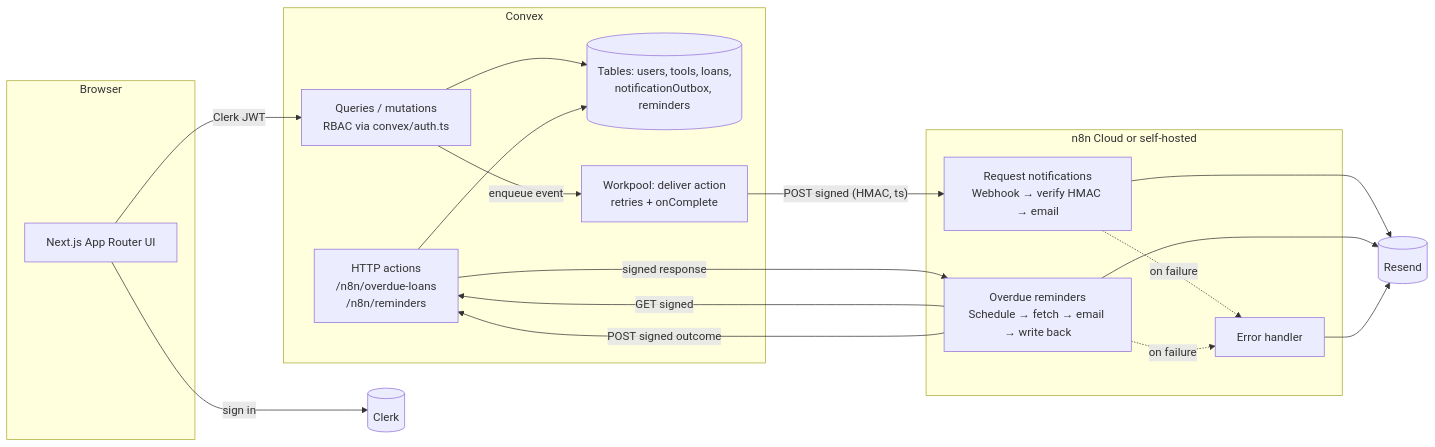
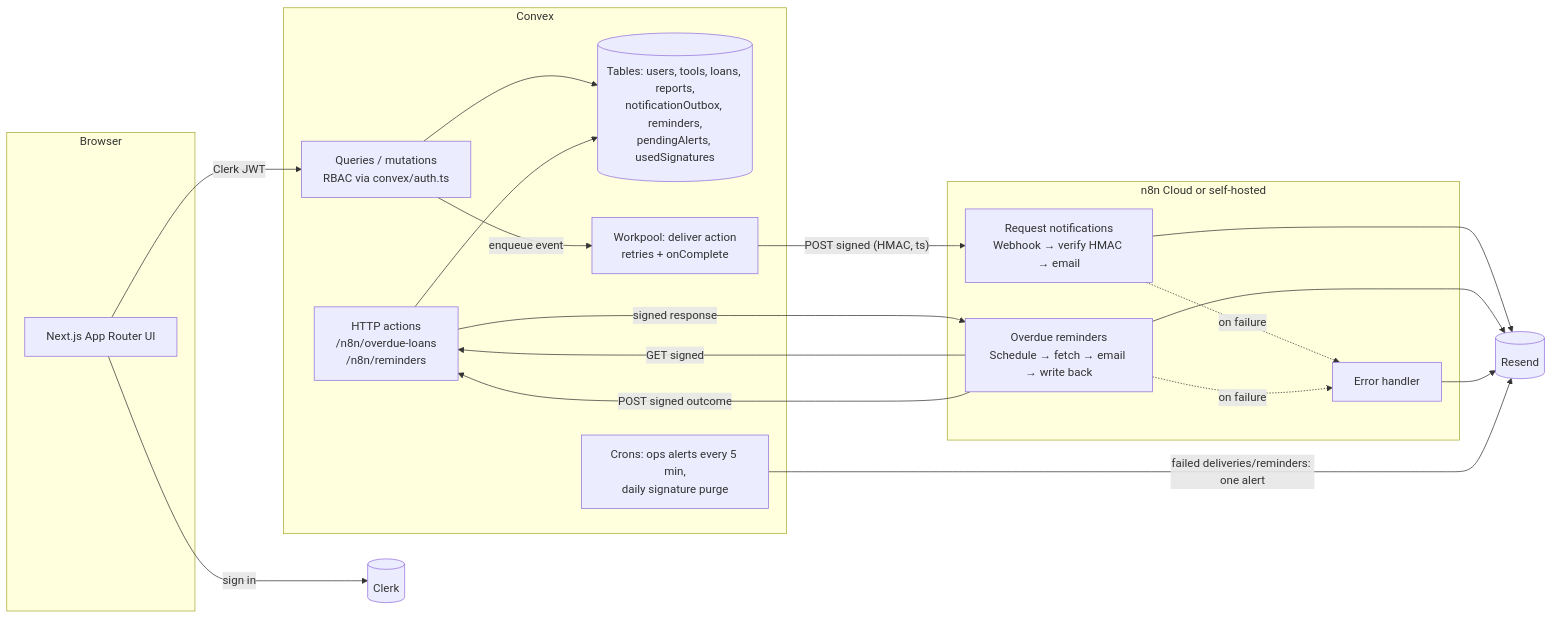
Before and after one commit to anopaishemeki/lendloop: the diagram in README.md, drawn with Mermaid. The commit also changed other lines of this file and 1 other file, not shown here.

````diff
--- a/README.md
+++ b/README.md
@@ -55,34 +83,36 @@
 ```mermaid
 flowchart LR
   subgraph Browser
     UI[Next.js App Router UI]
   end
   Clerk[(Clerk)]
   subgraph Convex
     Q[Queries / mutations<br/>RBAC via convex/auth.ts]
-    DB[(Tables: users, tools, loans,<br/>notificationOutbox, reminders)]
+    DB[(Tables: users, tools, loans, reports,<br/>notificationOutbox, reminders,<br/>pendingAlerts, usedSignatures)]
     WP[Workpool: deliver action<br/>retries + onComplete]
     HTTP[HTTP actions<br/>/n8n/overdue-loans<br/>/n8n/reminders]
+    CRON[Crons: ops alerts every 5 min,<br/>daily signature purge]
   end
   subgraph n8n [n8n Cloud or self-hosted]
     W1[Request notifications<br/>Webhook → verify HMAC → email]
     W2[Overdue reminders<br/>Schedule → fetch → email → write back]
     WE[Error handler]
   end
   Resend[(Resend)]
 
   UI -- sign in --> Clerk
   UI -- Clerk JWT --> Q
   Q --> DB
   Q -- enqueue event --> WP
   WP -- "POST signed (HMAC, ts)" --> W1
   W1 --> Resend
   W2 -- "GET signed" --> HTTP
   HTTP -- "signed response" --> W2
   W2 --> Resend
   W2 -- "POST signed outcome" --> HTTP
   HTTP --> DB
   W1 -. on failure .-> WE
   W2 -. on failure .-> WE
   WE --> Resend
+  CRON -- "failed deliveries/reminders: one alert" --> Resend
 ```
````
